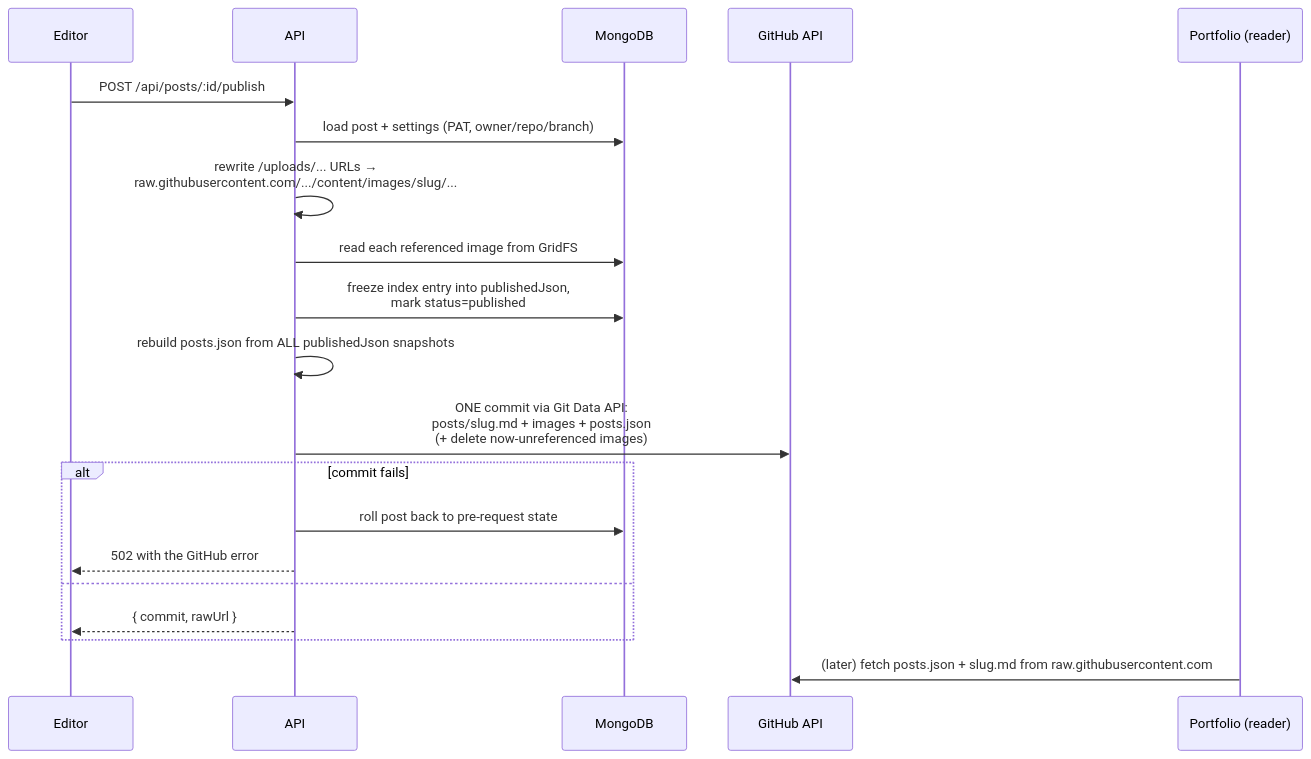
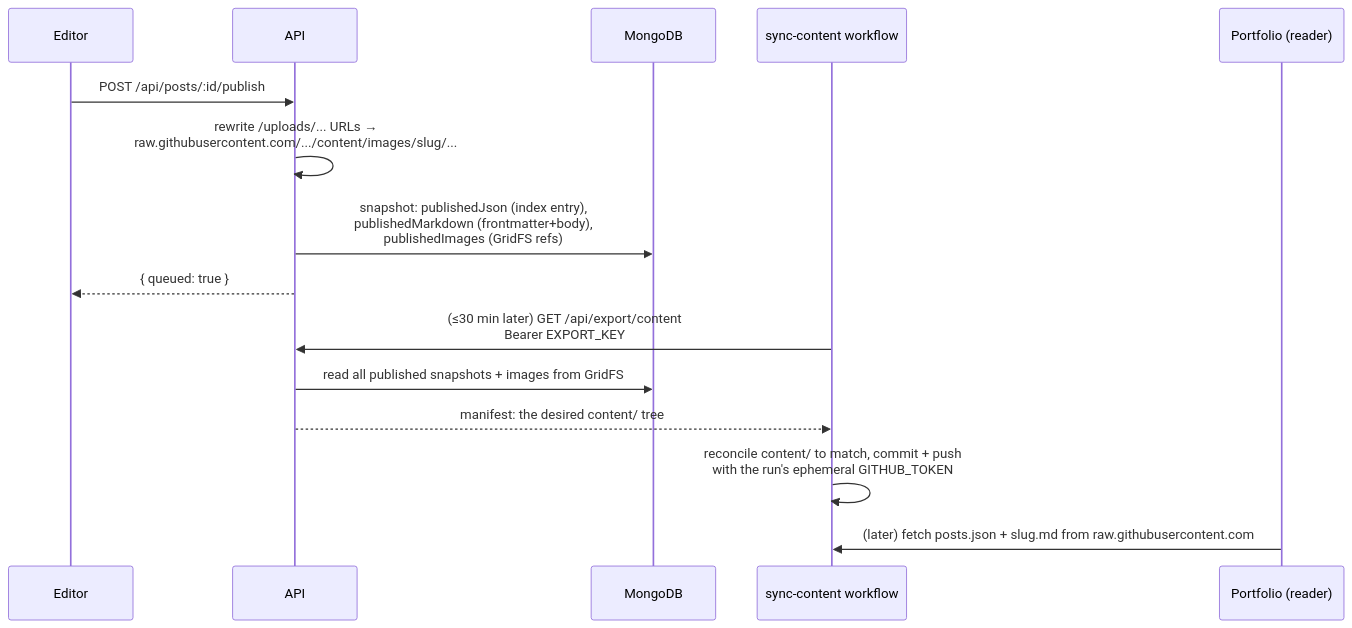
The fourth of 5 diagrams in ARCHITECTURE.md (Z35Tyyyy/blog_blob), drawn with Mermaid before and after one commit. The commit also changed other lines of this file and 15 other files, not shown here.

````diff
--- a/ARCHITECTURE.md
+++ b/ARCHITECTURE.md
@@ -143,23 +148,18 @@
 ```mermaid
 sequenceDiagram
     participant E as Editor
     participant A as API
     participant M as MongoDB
-    participant G as GitHub API
+    participant W as sync-content workflow
     participant P as Portfolio (reader)
 
     E->>A: POST /api/posts/:id/publish
-    A->>M: load post + settings (PAT, owner/repo/branch)
     A->>A: rewrite /uploads/... URLs →<br/>raw.githubusercontent.com/.../content/images/slug/...
-    A->>M: read each referenced image from GridFS
-    A->>M: freeze index entry into publishedJson,<br/>mark status=published
-    A->>A: rebuild posts.json from ALL publishedJson snapshots
-    A->>G: ONE commit via Git Data API:<br/>posts/slug.md + images + posts.json<br/>(+ delete now-unreferenced images)
-    alt commit fails
-        A->>M: roll post back to pre-request state
-        A-->>E: 502 with the GitHub error
-    else
-        A-->>E: { commit, rawUrl }
-    end
-    P->>G: (later) fetch posts.json + slug.md from raw.githubusercontent.com
+    A->>M: snapshot: publishedJson (index entry),<br/>publishedMarkdown (frontmatter+body),<br/>publishedImages (GridFS refs)
+    A-->>E: { queued: true }
+    W->>A: (≤30 min later) GET /api/export/content<br/>Bearer EXPORT_KEY
+    A->>M: read all published snapshots + images from GridFS
+    A-->>W: manifest: the desired content/ tree
+    W->>W: reconcile content/ to match, commit + push<br/>with the run's ephemeral GITHUB_TOKEN
+    P->>W: (later) fetch posts.json + slug.md from raw.githubusercontent.com
 ```
````
